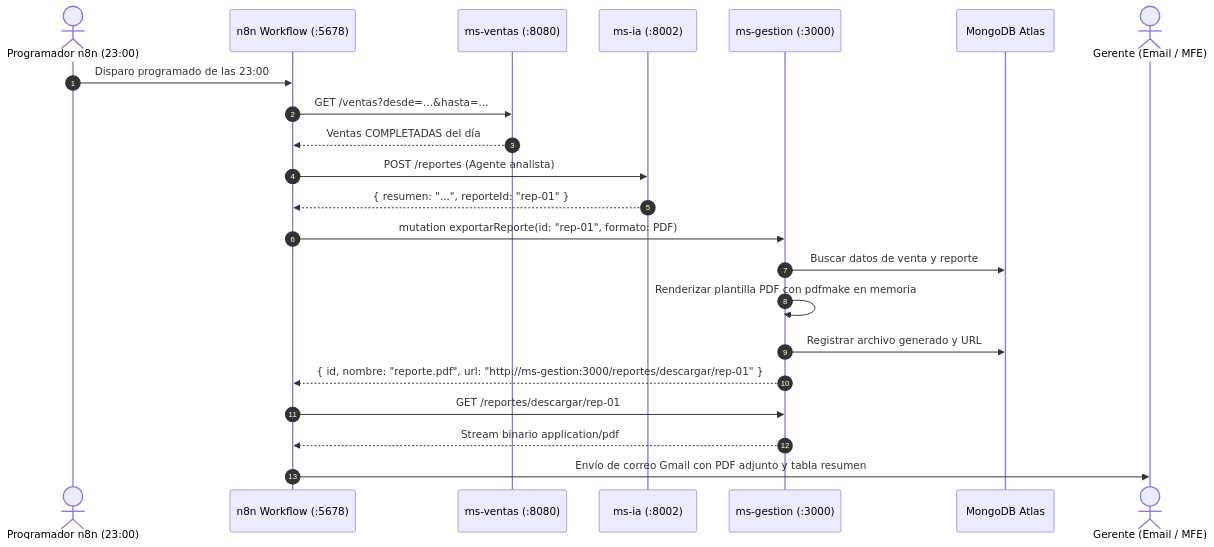
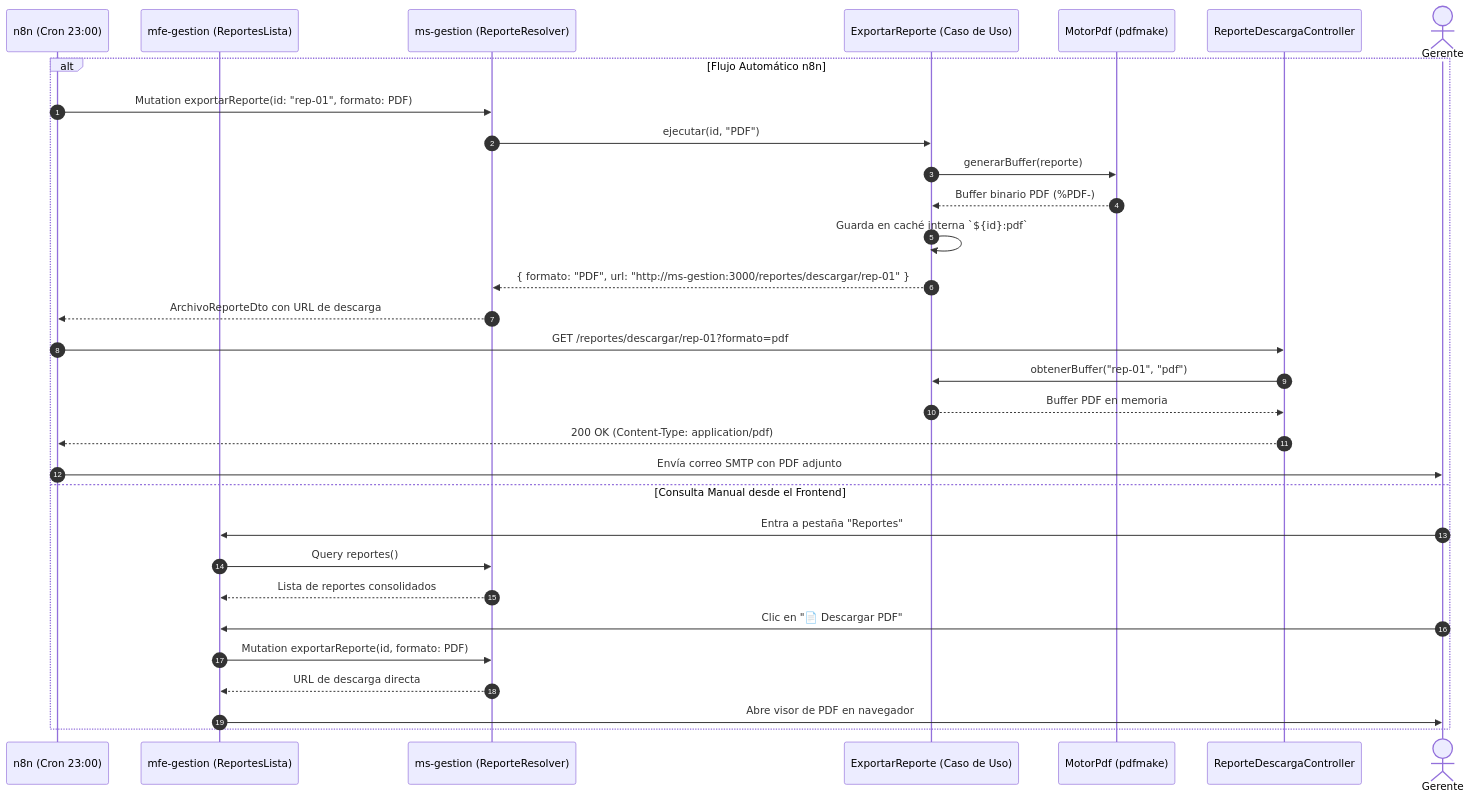
Before and after one commit to CodeWithElias/plataforma-licorer-a: the third of 3 diagrams in docs/plan-implementacion-dev2-semana3.md, drawn with Mermaid. The commit also changed other lines of this file, not shown here.

Commit message:
docs(dev2): actualizar guia de arquitectura, diagramas ICONIX y manual de pruebas de semana 3

````diff
--- a/docs/plan-implementacion-dev2-semana3.md
+++ b/docs/plan-implementacion-dev2-semana3.md
@@ -171,27 +121,34 @@
 ```mermaid
 sequenceDiagram
     autonumber
-    actor Cron as Programador n8n (23:00)
-    participant n8n as n8n Workflow (:5678)
-    participant Ventas as ms-ventas (:8080)
-    participant IA as ms-ia (:8002)
-    participant Gestion as ms-gestion (:3000)
-    participant Mongo as MongoDB Atlas
-    actor Gerente as Gerente (Email / MFE)
+    participant n8n as n8n (Cron 23:00)
+    participant MFE as mfe-gestion (ReportesLista)
+    participant GQL as ms-gestion (ReporteResolver)
+    participant CU as ExportarReporte (Caso de Uso)
+    participant PDF as MotorPdf (pdfmake)
+    participant REST as ReporteDescargaController
+    actor Gerente
 
-    Cron->>n8n: Disparo programado de las 23:00
-    n8n->>Ventas: GET /ventas?desde=...&hasta=...
-    Ventas-->>n8n: Ventas COMPLETADAS del día
-    n8n->>IA: POST /reportes (Agente analista)
-    IA-->>n8n: { resumen: "...", reporteId: "rep-01" }
-    
-    n8n->>Gestion: mutation exportarReporte(id: "rep-01", formato: PDF)
-    Gestion->>Mongo: Buscar datos de venta y reporte
-    Gestion->>Gestion: Renderizar plantilla PDF con pdfmake en memoria
-    Gestion->>Mongo: Registrar archivo generado y URL
-    Gestion-->>n8n: { id, nombre: "reporte.pdf", url: "http://ms-gestion:3000/reportes/descargar/rep-01" }
-    
-    n8n->>Gestion: GET /reportes/descargar/rep-01
-    Gestion-->>n8n: Stream binario application/pdf
-    n8n->>Gerente: Envío de correo Gmail con PDF adjunto y tabla resumen
+    alt Flujo Automático n8n
+        n8n->>GQL: Mutation exportarReporte(id: "rep-01", formato: PDF)
+        GQL->>CU: ejecutar(id, "PDF")
+        CU->>PDF: generarBuffer(reporte)
+        PDF-->>CU: Buffer binario PDF (%PDF-)
+        CU->>CU: Guarda en caché interna `${id}:pdf`
+        CU-->>GQL: { formato: "PDF", url: "http://ms-gestion:3000/reportes/descargar/rep-01" }
+        GQL-->>n8n: ArchivoReporteDto con URL de descarga
+        n8n->>REST: GET /reportes/descargar/rep-01?formato=pdf
+        REST->>CU: obtenerBuffer("rep-01", "pdf")
+        CU-->>REST: Buffer PDF en memoria
+        REST-->>n8n: 200 OK (Content-Type: application/pdf)
+        n8n->>Gerente: Envía correo SMTP con PDF adjunto
+    else Consulta Manual desde el Frontend
+        Gerente->>MFE: Entra a pestaña "Reportes"
+        MFE->>GQL: Query reportes()
+        GQL-->>MFE: Lista de reportes consolidados
+        Gerente->>MFE: Clic en "📄 Descargar PDF"
+        MFE->>GQL: Mutation exportarReporte(id, formato: PDF)
+        GQL-->>MFE: URL de descarga directa
+        MFE->>Gerente: Abre visor de PDF en navegador
+    end
 ```
````
